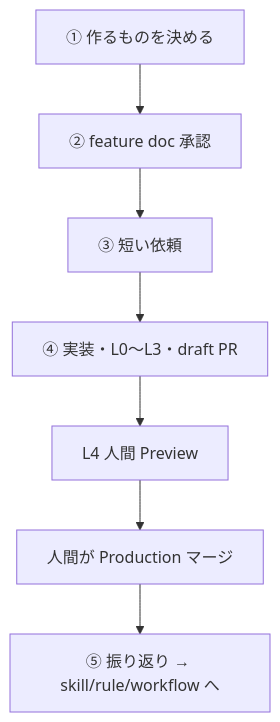
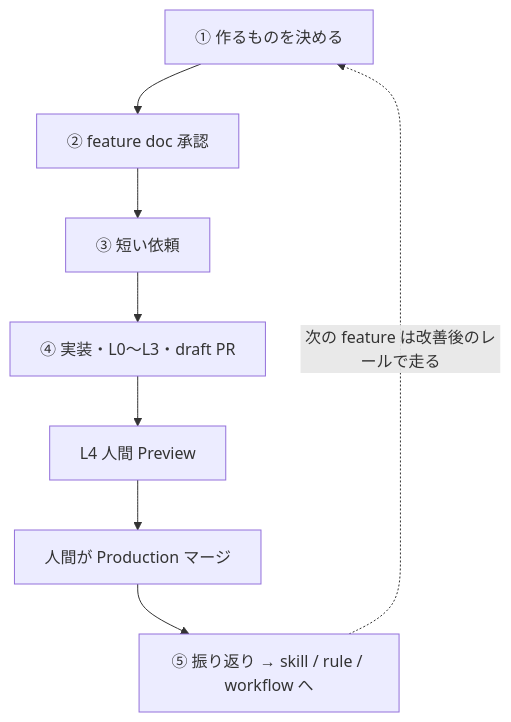
One commit to ike-gagagami97/my-recipe changed the third of 3 diagrams in docs/development/ai-dev-process-for-qa.md. Above: the diagram before and after it, drawn with Mermaid. The commit also changed other lines of this file and 1 other file, not shown here.

````diff
--- a/docs/development/ai-dev-process-for-qa.md
+++ b/docs/development/ai-dev-process-for-qa.md
@@ -357,9 +410,10 @@
 ```mermaid
 flowchart TD
   S1[① 作るものを決める] --> S2[② feature doc 承認]
   S2 --> S3[③ 短い依頼]
   S3 --> S4[④ 実装・L0〜L3・draft PR]
   S4 --> L4[L4 人間 Preview]
   L4 --> Merge[人間が Production マージ]
-  Merge --> S5[⑤ 振り返り → skill/rule/workflow へ]
+  Merge --> S5[⑤ 振り返り → skill / rule / workflow へ]
+  S5 -.->|次の feature は改善後のレールで走る| S1
 ```
````
